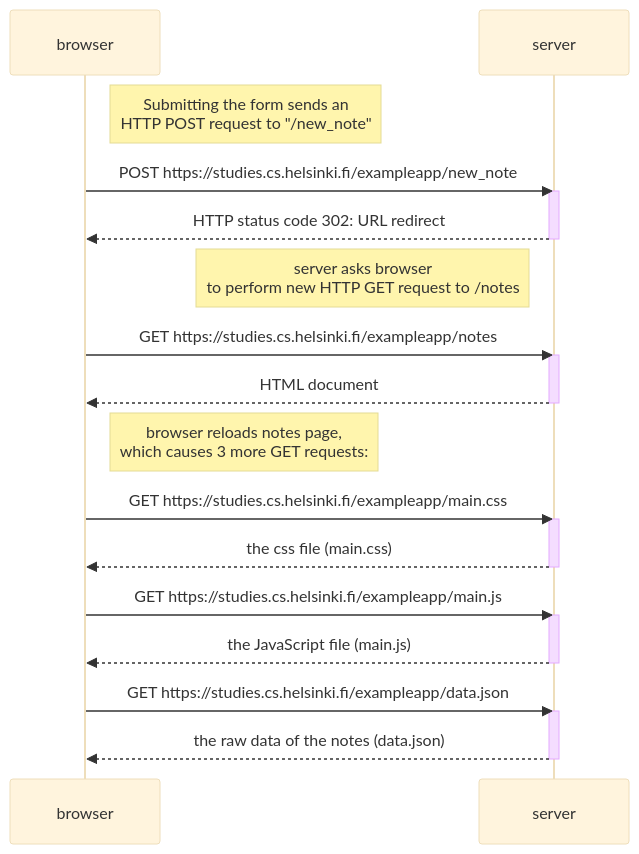
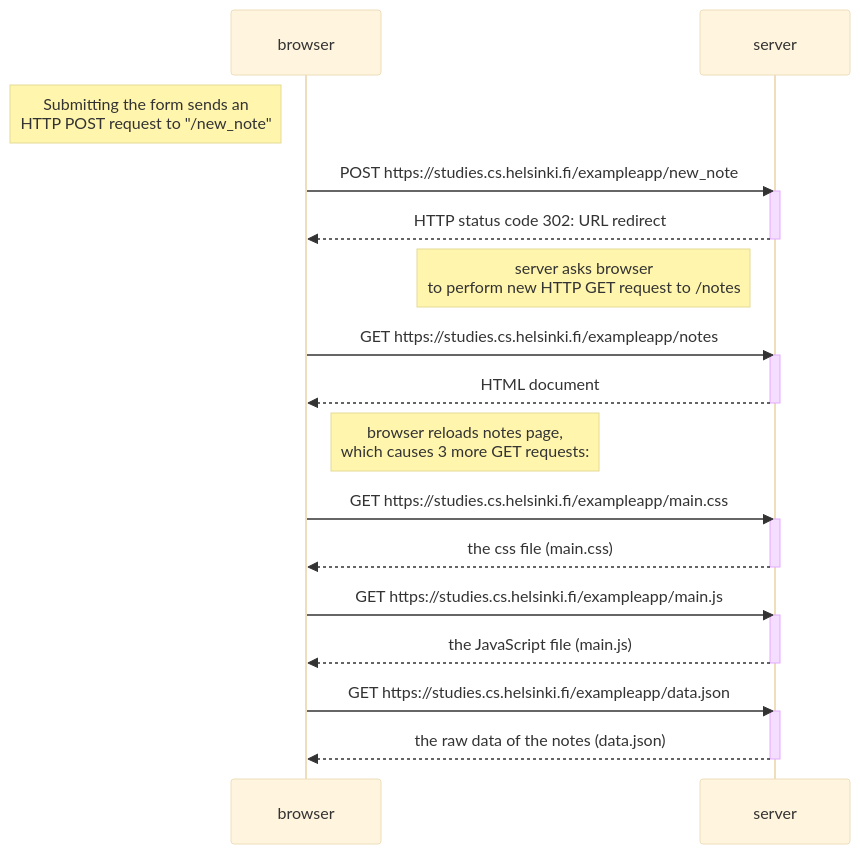
One commit to valli259/Fullstack-exercises changed the diagram in part0/exercise0-4.md. Above: the diagram before and after it, drawn with Mermaid (base theme).

````diff
--- a/part0/exercise0-4.md
+++ b/part0/exercise0-4.md
@@ -1,33 +1,33 @@
 ```mermaid
   sequenceDiagram
     participant browser
     participant server
-Note right of browser: Submitting the form sends an <br>HTTP POST request to "/new_note"
+Note left of browser: Submitting the form sends an <br>HTTP POST request to "/new_note"
     browser->>server: POST https://studies.cs.helsinki.fi/exampleapp/new_note
     activate server
     server-->>browser: HTTP status code 302: URL redirect
     deactivate server
     Note left of server: server asks browser <br> to perform new HTTP GET request to /notes
 
 
     browser->>server: GET https://studies.cs.helsinki.fi/exampleapp/notes
     activate server
     server-->>browser: HTML document
     deactivate server
 Note right of browser: browser reloads notes page,<br> which causes 3 more GET requests:
 
     browser->>server: GET https://studies.cs.helsinki.fi/exampleapp/main.css
     activate server
     server-->>browser: the css file (main.css)
     deactivate server
 
     browser->>server: GET https://studies.cs.helsinki.fi/exampleapp/main.js
     activate server
     server-->>browser: the JavaScript file (main.js)
     deactivate server
 
     browser->>server: GET https://studies.cs.helsinki.fi/exampleapp/data.json
 activate server
 server-->>browser: the raw data of the notes (data.json)
 deactivate server
 ```
````
